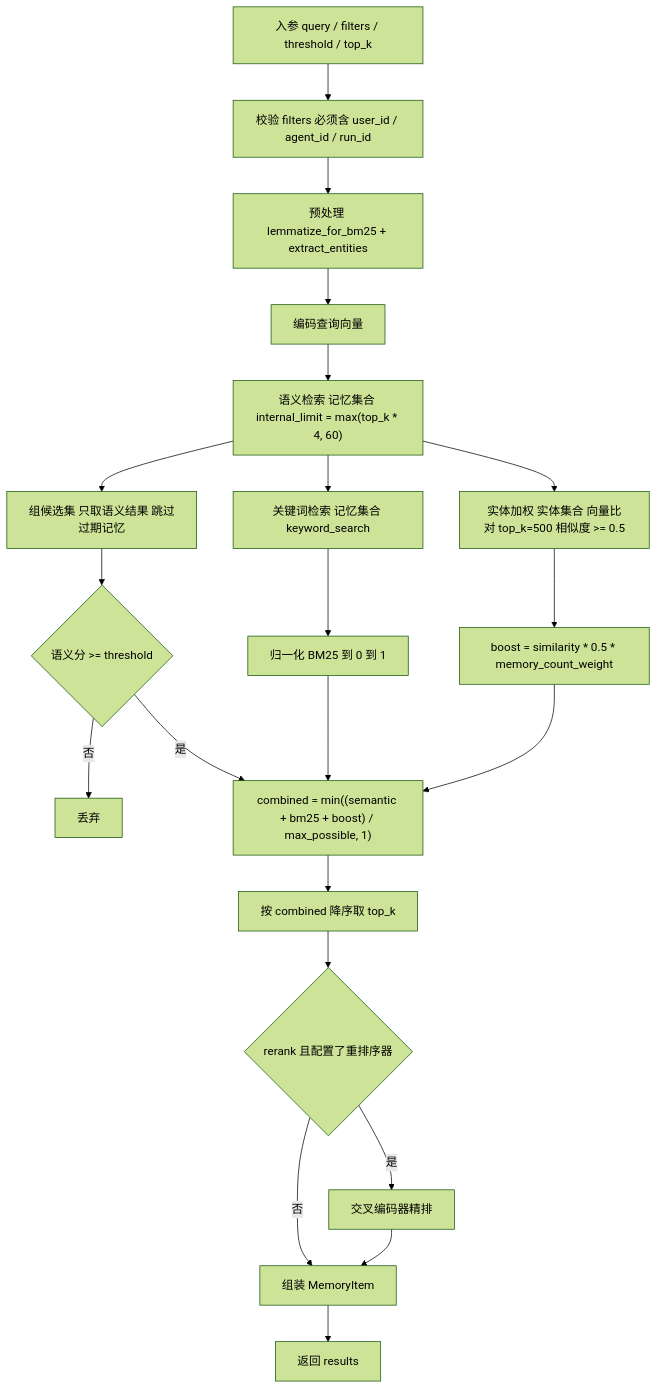
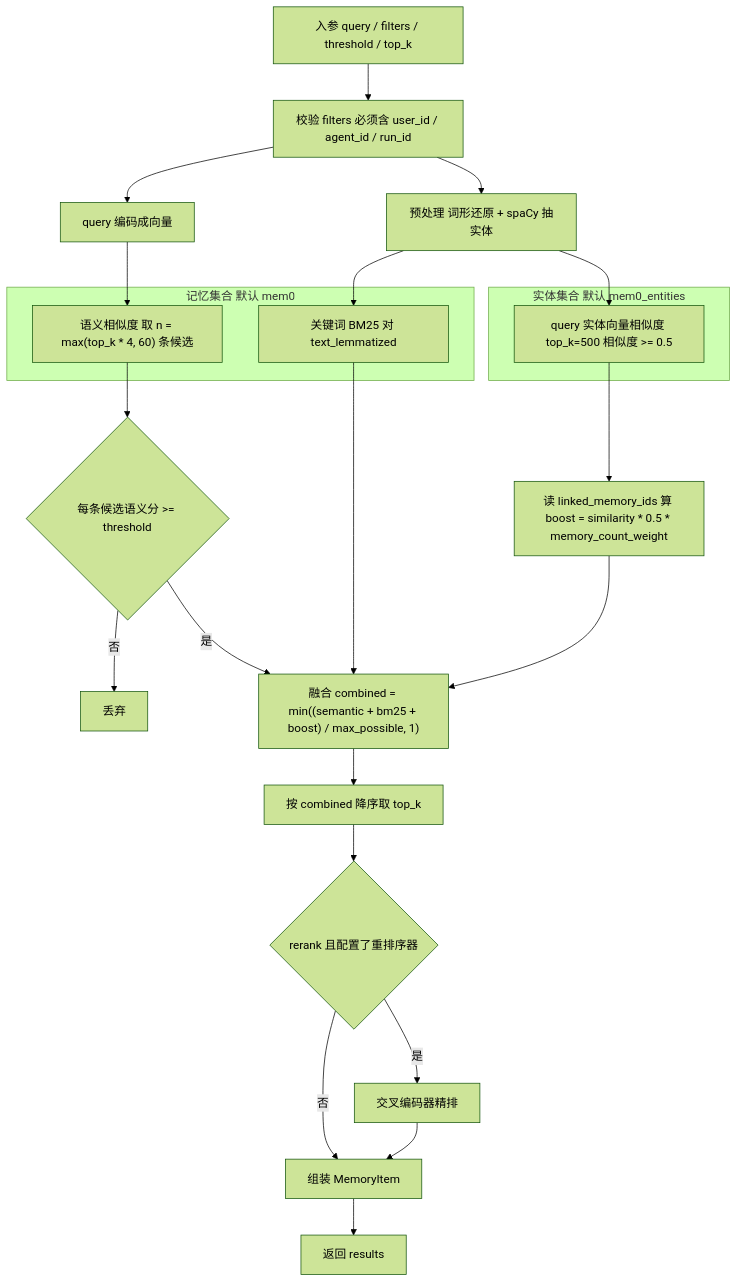
Before and after one commit to c926694/obsidian_note: the third of 3 diagrams in agent/memory.md, drawn with Mermaid (forest theme).

Commit message:
vault backup: 2026-10-05 18:14:37

````diff
--- a/agent/memory.md
+++ b/agent/memory.md
@@ -184,23 +184,28 @@
 ```mermaid
 flowchart TD
     A["入参 query / filters / threshold / top_k"] --> B["校验 filters 必须含 user_id / agent_id / run_id"]
-    B --> C["预处理 lemmatize_for_bm25 + extract_entities"]
-    C --> D["编码查询向量"]
-    D --> E["语义检索 记忆集合 internal_limit = max(top_k * 4, 60)"]
-    E --> F["关键词检索 记忆集合 keyword_search"]
-    E --> H["实体加权 实体集合 向量比对 top_k=500 相似度 >= 0.5"]
-    F --> G["归一化 BM25 到 0 到 1"]
-    H --> I["boost = similarity * 0.5 * memory_count_weight"]
-    E --> J["组候选集 只取语义结果 跳过过期记忆"]
-    J --> K{语义分 >= threshold}
+    B --> C["预处理 词形还原 + spaCy 抽实体"]
+    B --> D["query 编码成向量"]
+    subgraph MEM["记忆集合 默认 mem0"]
+        E["语义相似度 取 n = max(top_k * 4, 60) 条候选"]
+        F["关键词 BM25 对 text_lemmatized"]
+    end
+    subgraph ENT["实体集合 默认 mem0_entities"]
+        G["query 实体向量相似度 top_k=500 相似度 >= 0.5"]
+    end
+    D --> E
+    C --> F
+    C --> G
+    G --> H["读 linked_memory_ids 算 boost = similarity * 0.5 * memory_count_weight"]
+    E --> K{每条候选语义分 >= threshold}
     K -- 否 --> X["丢弃"]
-    K -- 是 --> L["combined = min((semantic + bm25 + boost) / max_possible, 1)"]
-    G --> L
-    I --> L
-    L --> M["按 combined 降序取 top_k"]
-    M --> N{rerank 且配置了重排序器}
-    N -- 是 --> O["交叉编码器精排"]
-    N -- 否 --> P["组装 MemoryItem"]
-    O --> P
-    P --> Q["返回 results"]
+    K -- 是 --> J["融合 combined = min((semantic + bm25 + boost) / max_possible, 1)"]
+    F --> J
+    H --> J
+    J --> L["按 combined 降序取 top_k"]
+    L --> M{rerank 且配置了重排序器}
+    M -- 是 --> N["交叉编码器精排"]
+    M -- 否 --> O["组装 MemoryItem"]
+    N --> O
+    O --> P["返回 results"]
 ```
````
